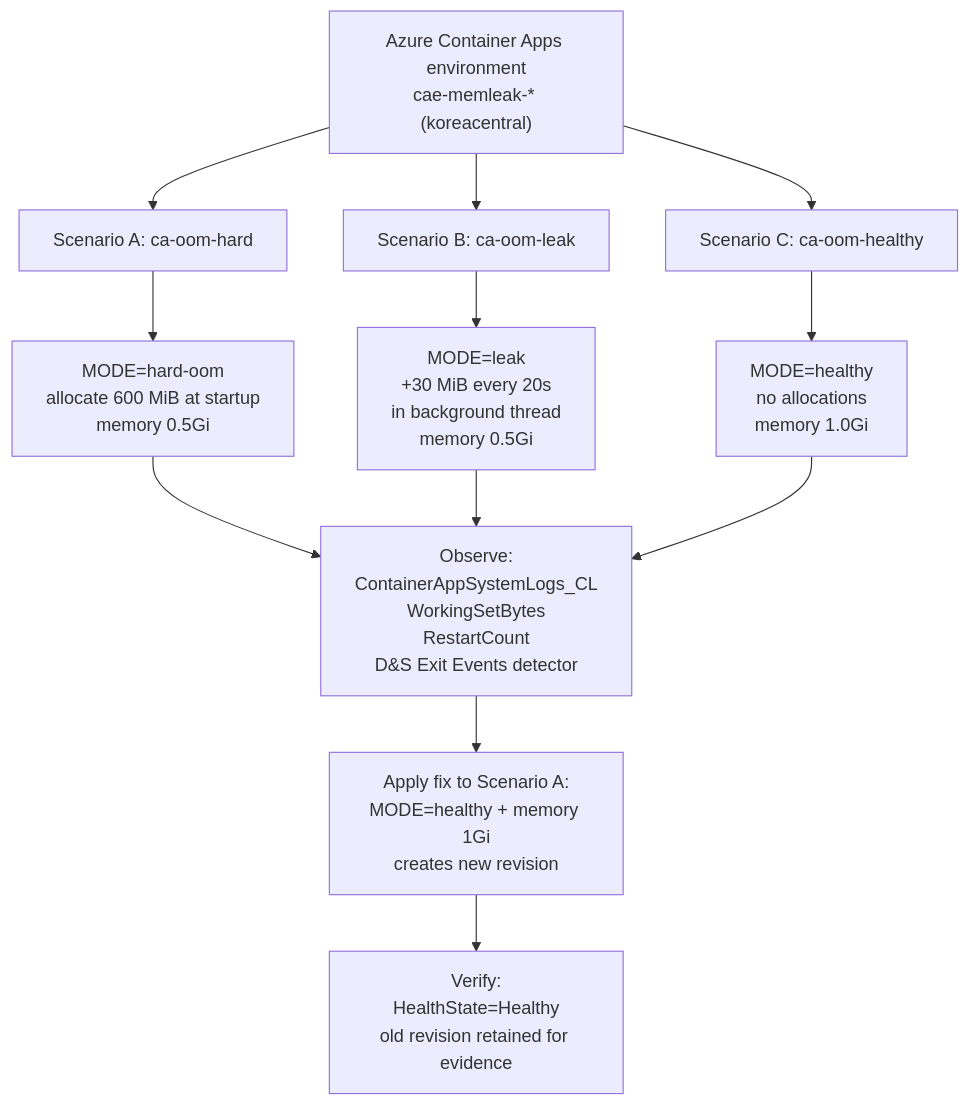
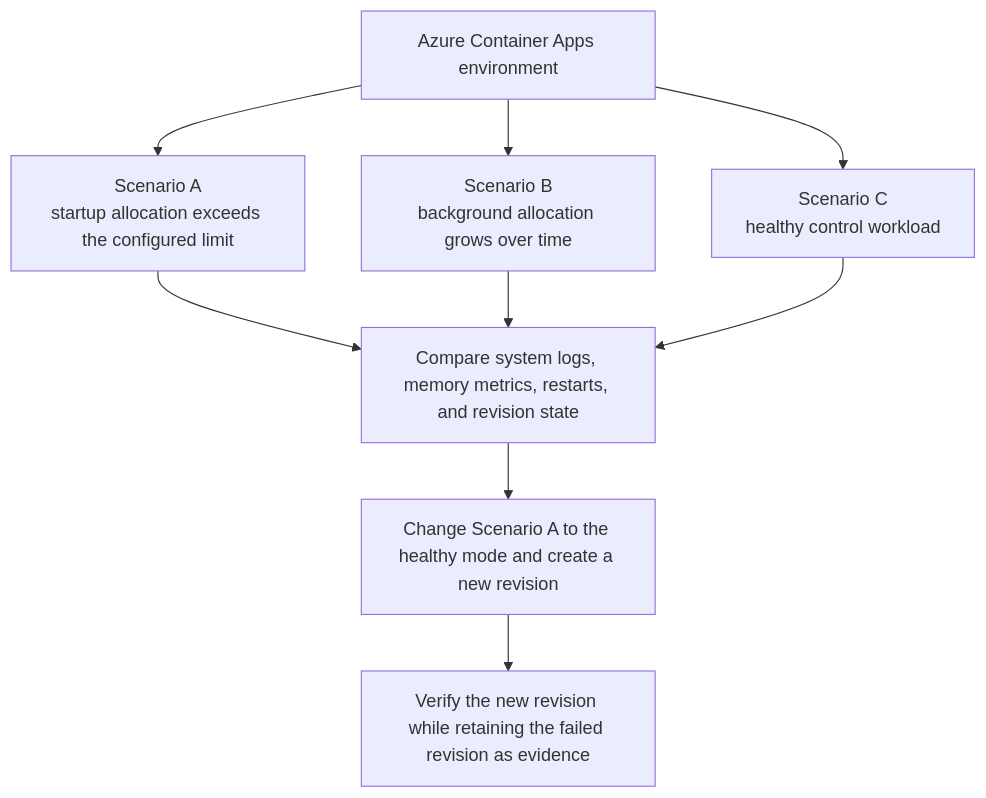
The diagram in docs/troubleshooting/lab-guides/memory-leak-oomkilled.md (yeongseon/azure-container-apps-practical-guide), drawn with Mermaid before and after one commit. The commit also changed other lines of this file and 25 other files, not shown here.

Commit message:
docs(diagrams): migrate lab guide diagrams (#624)

````diff
--- a/docs/troubleshooting/lab-guides/memory-leak-oomkilled.md
+++ b/docs/troubleshooting/lab-guides/memory-leak-oomkilled.md
@@ -69,14 +69,11 @@
 ```mermaid
 flowchart TD
-    A["Azure Container Apps environment<br/>cae-memleak-* (koreacentral)"] --> B["Scenario A: ca-oom-hard"]
-    A --> C["Scenario B: ca-oom-leak"]
-    A --> D["Scenario C: ca-oom-healthy"]
-    B --> B1["MODE=hard-oom<br/>allocate 600 MiB at startup<br/>memory 0.5Gi"]
-    C --> C1["MODE=leak<br/>+30 MiB every 20s<br/>in background thread<br/>memory 0.5Gi"]
-    D --> D1["MODE=healthy<br/>no allocations<br/>memory 1.0Gi"]
-    B1 --> E["Observe:<br/>ContainerAppSystemLogs_CL<br/>WorkingSetBytes<br/>RestartCount<br/>D&S Exit Events detector"]
-    C1 --> E
-    D1 --> E
-    E --> F["Apply fix to Scenario A:<br/>MODE=healthy + memory 1Gi<br/>creates new revision"]
-    F --> G["Verify:<br/>HealthState=Healthy<br/>old revision retained for evidence"]
+    ENV["Azure Container Apps environment"] --> HARD["Scenario A<br/>startup allocation exceeds the configured limit"]
+    ENV --> LEAK["Scenario B<br/>background allocation grows over time"]
+    ENV --> CONTROL["Scenario C<br/>healthy control workload"]
+    HARD --> EVIDENCE["Compare system logs, memory metrics, restarts, and revision state"]
+    LEAK --> EVIDENCE
+    CONTROL --> EVIDENCE
+    EVIDENCE --> FIX["Change Scenario A to the healthy mode and create a new revision"]
+    FIX --> VERIFY["Verify the new revision while retaining the failed revision as evidence"]
 ```
````
